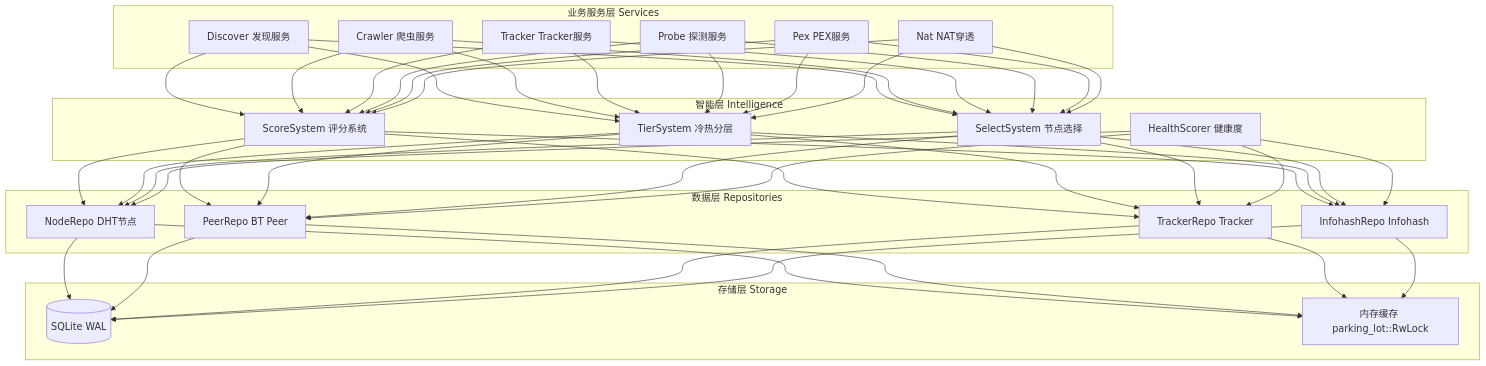
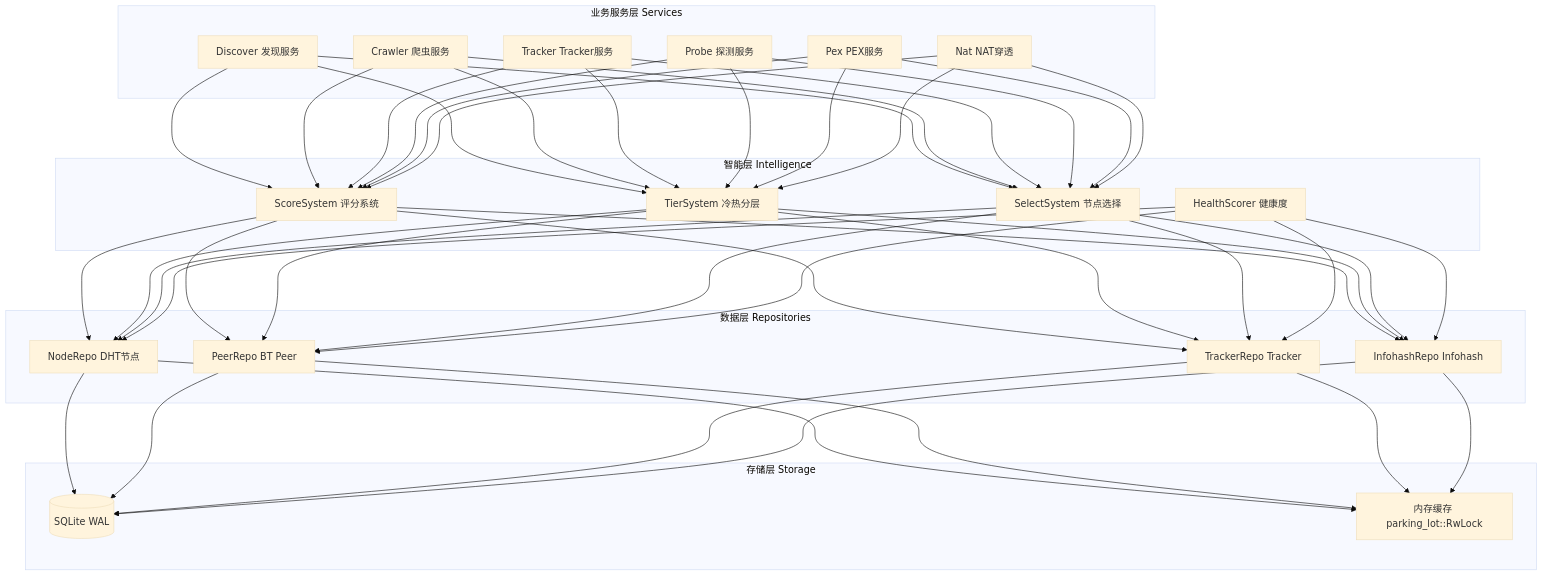
The diagram in docs/architecture/00-overview.md (PandaNetOS/pdc), drawn with Mermaid before and after one commit. The commit also changed 5 other files, not shown here.

First line of the commit message:
docs: 优化所有 Mermaid 图渲染清晰度

````diff
--- a/docs/architecture/00-overview.md
+++ b/docs/architecture/00-overview.md
@@ -23,34 +23,35 @@
 ```mermaid
+%%{init: {'theme':'base', 'themeVariables': {'fontSize':'16px'}, 'flowchart': {'nodeSpacing': 60, 'rankSpacing': 100}}}%%
 graph TB
     subgraph "业务服务层 Services"
         S1[Discover 发现服务]
         S2[Crawler 爬虫服务]
         S3[Tracker Tracker服务]
         S4[Probe 探测服务]
         S5[Pex PEX服务]
         S6[Nat NAT穿透]
     end
 
     subgraph "智能层 Intelligence"
         I1[ScoreSystem 评分系统]
         I2[TierSystem 冷热分层]
         I3[SelectSystem 节点选择]
         I4[HealthScorer 健康度]
     end
 
     subgraph "数据层 Repositories"
         R1[NodeRepo DHT节点]
         R2[PeerRepo BT Peer]
         R3[TrackerRepo Tracker]
         R4[InfohashRepo Infohash]
     end
 
     subgraph "存储层 Storage"
         DB[(SQLite WAL)]
         MEM[内存缓存 parking_lot::RwLock]
     end
 
     S1 & S2 & S3 & S4 & S5 & S6 --> I1 & I2 & I3
     I1 & I2 & I3 & I4 --> R1 & R2 & R3 & R4
     R1 & R2 & R3 & R4 --> MEM & DB
 ```
````
